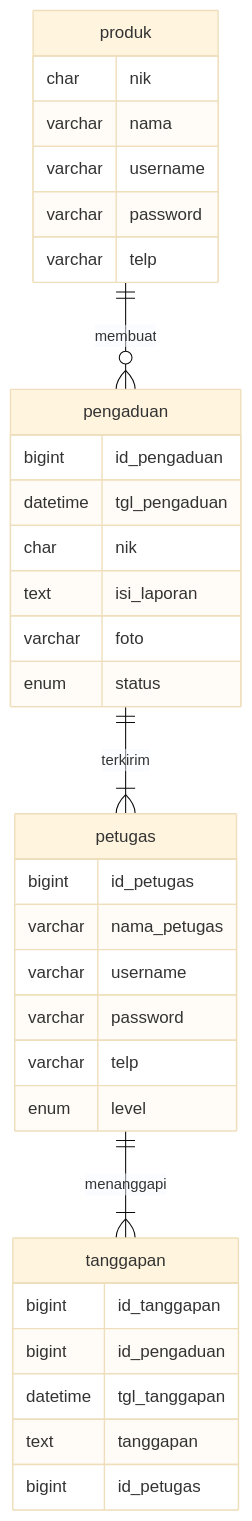
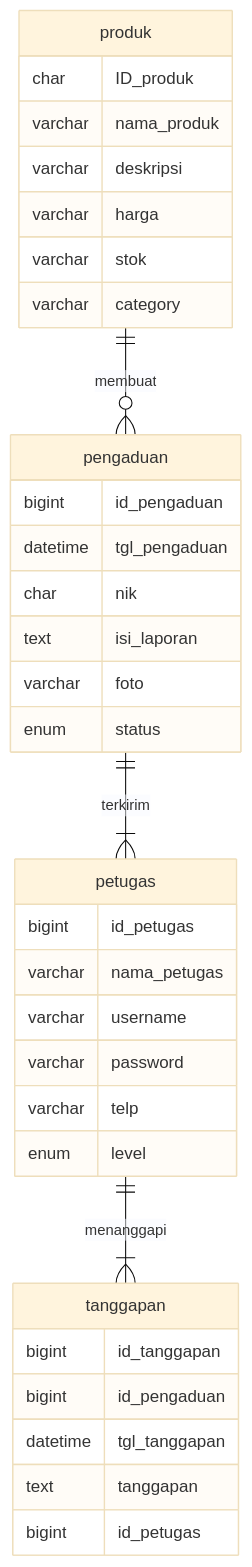
One commit to BaidhowiAlHuseiniHakiki/BaidhowiAlHuseiniHakiki changed the diagram in job_interview.md. Above: the diagram before and after it, drawn with Mermaid (base theme).

````diff
--- a/job_interview.md
+++ b/job_interview.md
@@ -29,36 +29,37 @@
 ```mermaid
 erDiagram
     produk ||--o{ pengaduan : membuat
     produk {
-        char nik
-        varchar nama
-        varchar username
-        varchar password
-        varchar telp
+        char ID_produk
+        varchar nama_produk
+        varchar deskripsi
+        varchar harga
+        varchar stok
+        varchar category
     }
     pengaduan ||--|{ petugas : terkirim
     pengaduan {
         bigint id_pengaduan
         datetime tgl_pengaduan
         char nik
         text isi_laporan
         varchar foto
         enum status
     }
     petugas ||--|{ tanggapan : menanggapi
     petugas {
         bigint id_petugas
         varchar nama_petugas
         varchar username
         varchar password
         varchar telp
         enum level
     }
     tanggapan {
         bigint id_tanggapan
         bigint id_pengaduan
         datetime tgl_tanggapan
         text tanggapan
         bigint id_petugas
 }
 ```
````
